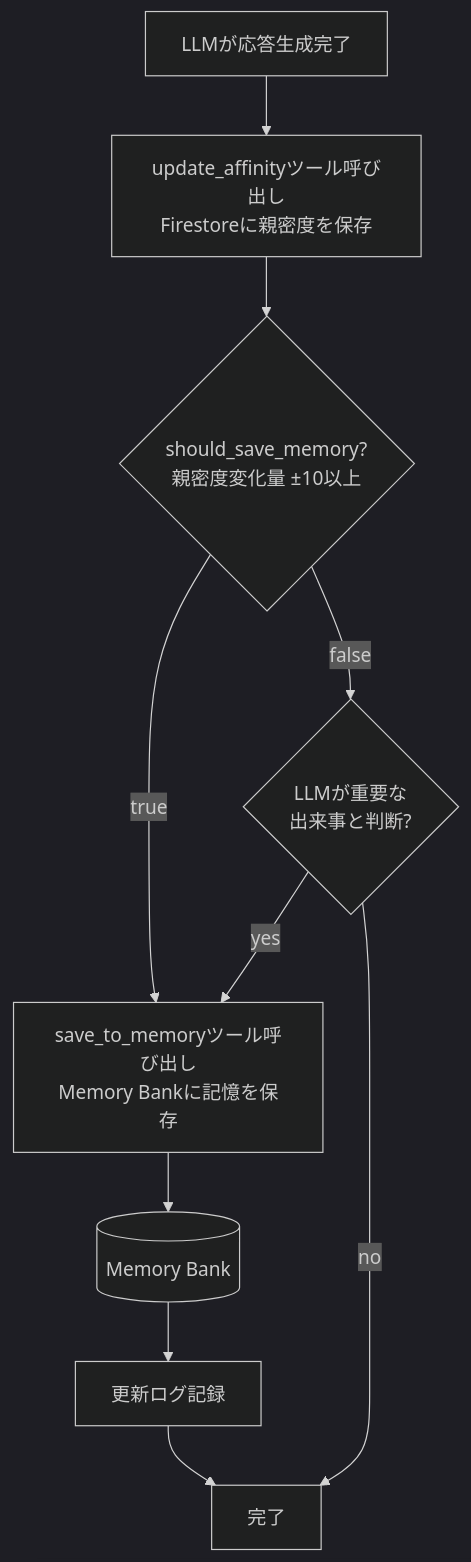
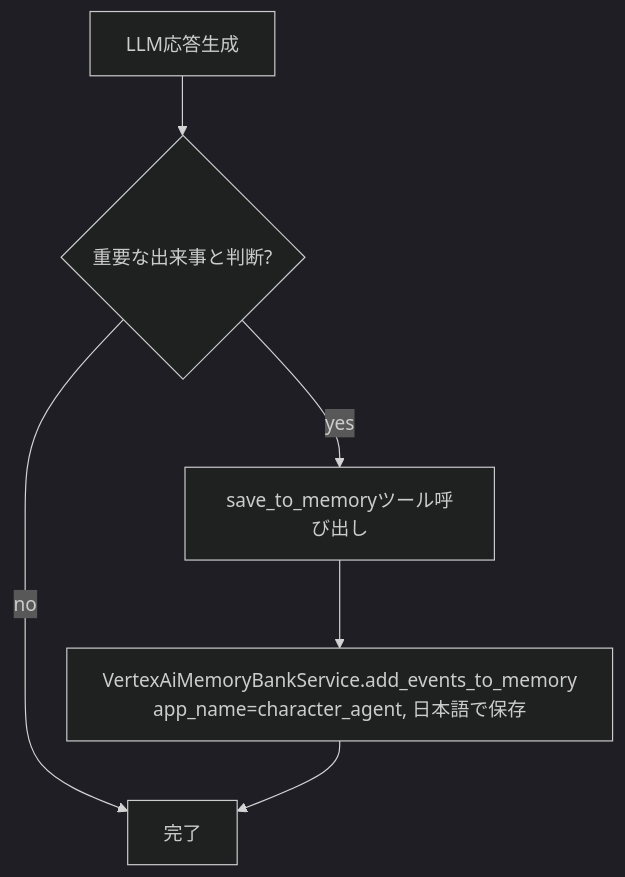
The third of 3 diagrams in .kiro/specs/agent-engine-chat-app/design.md (ice1203/ai-chat-game-vertex), drawn with Mermaid (dark theme) before and after one commit. The commit also changed other lines of this file and 19 other files, not shown here.

````diff
--- a/.kiro/specs/agent-engine-chat-app/design.md
+++ b/.kiro/specs/agent-engine-chat-app/design.md
@@ -237,15 +102,8 @@
 ```mermaid
 flowchart TD
-    Start[LLMが応答生成完了] --> CallUpdateAffinity[update_affinityツール呼び出し\nFirestoreに親密度を保存]
-
-    CallUpdateAffinity --> ReturnHint{should_save_memory?\n 親密度変化量 ±10以上}
-    ReturnHint -->|true| SaveMemory[save_to_memoryツール呼び出し\nMemory Bankに記憶を保存]
-    ReturnHint -->|false| LLMJudge{LLMが重要な\n出来事と判断?}
-
-    LLMJudge -->|yes| SaveMemory
-    LLMJudge -->|no| End[完了]
-
-    SaveMemory --> MemoryBank[(Memory Bank)]
-    MemoryBank --> Log[更新ログ記録]
-    Log --> End
+    LLM[LLM応答生成] --> Judge{重要な出来事と判断?}
+    Judge -->|yes| Tool[save_to_memoryツール呼び出し]
+    Judge -->|no| End[完了]
+    Tool --> MB[VertexAiMemoryBankService.add_events_to_memory\napp_name=character_agent, 日本語で保存]
+    MB --> End
 ```
````
